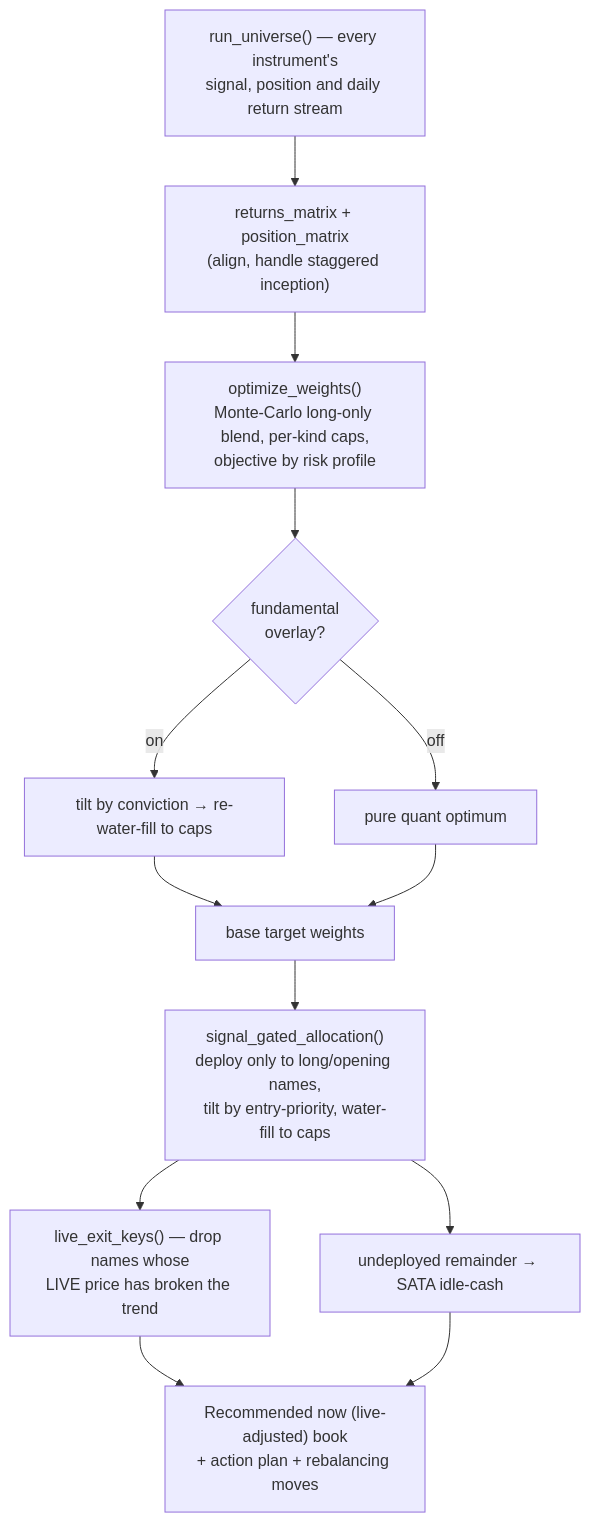
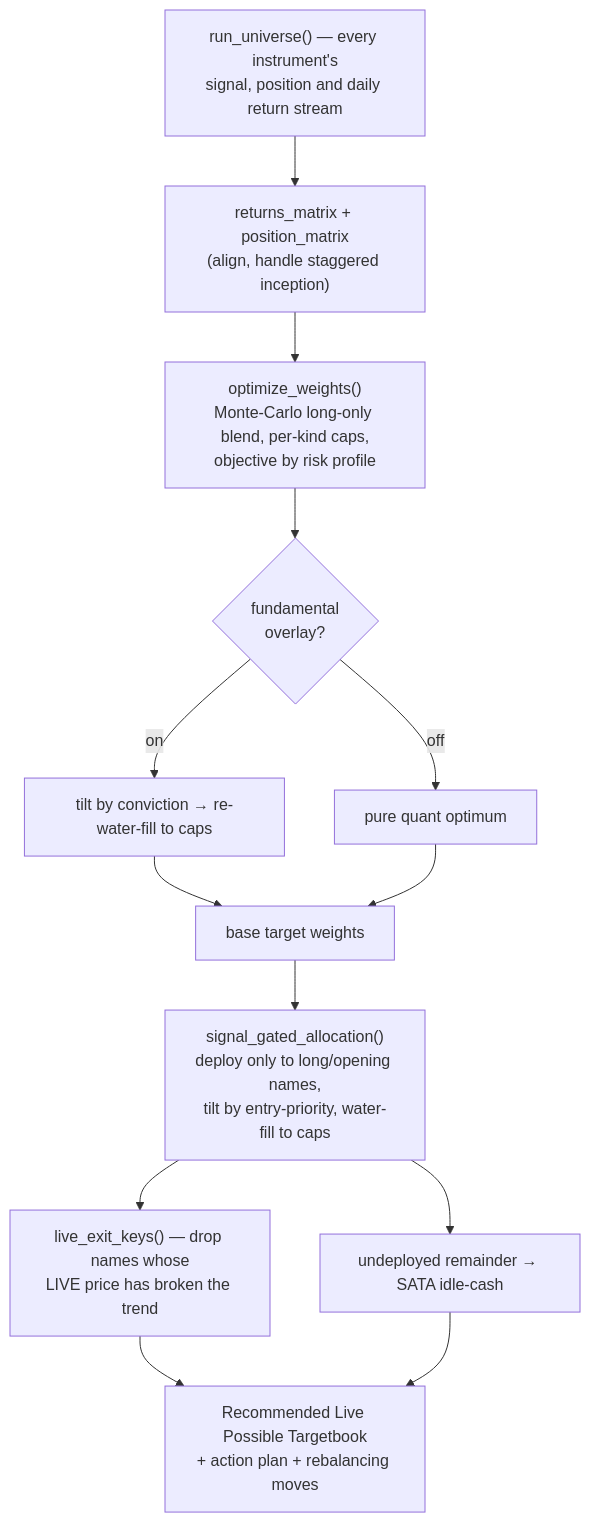
Before and after one commit to yoursprerit/btc-range-model: the diagram in OVERALL_STRATEGY.md, drawn with Mermaid. The commit also changed other lines of this file and 13 other files, not shown here.

````diff
--- a/OVERALL_STRATEGY.md
+++ b/OVERALL_STRATEGY.md
@@ -60,15 +60,15 @@
 ```mermaid
 flowchart TD
     A["run_universe() — every instrument's<br/>signal, position and daily return stream"] --> B["returns_matrix + position_matrix<br/>(align, handle staggered inception)"]
     B --> C["optimize_weights()<br/>Monte-Carlo long-only blend, per-kind caps,<br/>objective by risk profile"]
     C --> D{"fundamental<br/>overlay?"}
     D -- on --> E["tilt by conviction → re-water-fill to caps"]
     D -- off --> F["pure quant optimum"]
     E --> G["base target weights"]
     F --> G
     G --> H["signal_gated_allocation()<br/>deploy only to long/opening names,<br/>tilt by entry-priority, water-fill to caps"]
     H --> I["undeployed remainder → SATA idle-cash"]
     H --> J["live_exit_keys() — drop names whose<br/>LIVE price has broken the trend"]
-    J --> K["Recommended now (live-adjusted) book<br/>+ action plan + rebalancing moves"]
+    J --> K["Recommended Live Possible Targetbook<br/>+ action plan + rebalancing moves"]
     I --> K
 ```
````
